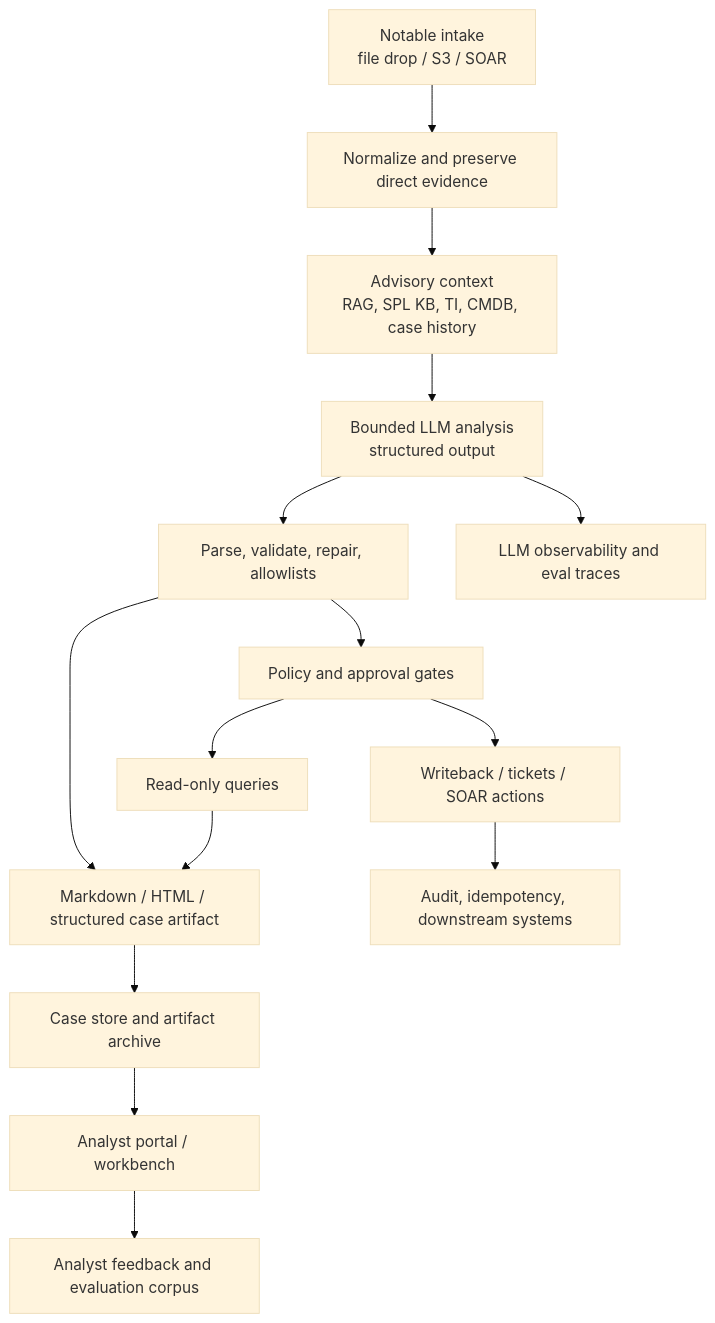
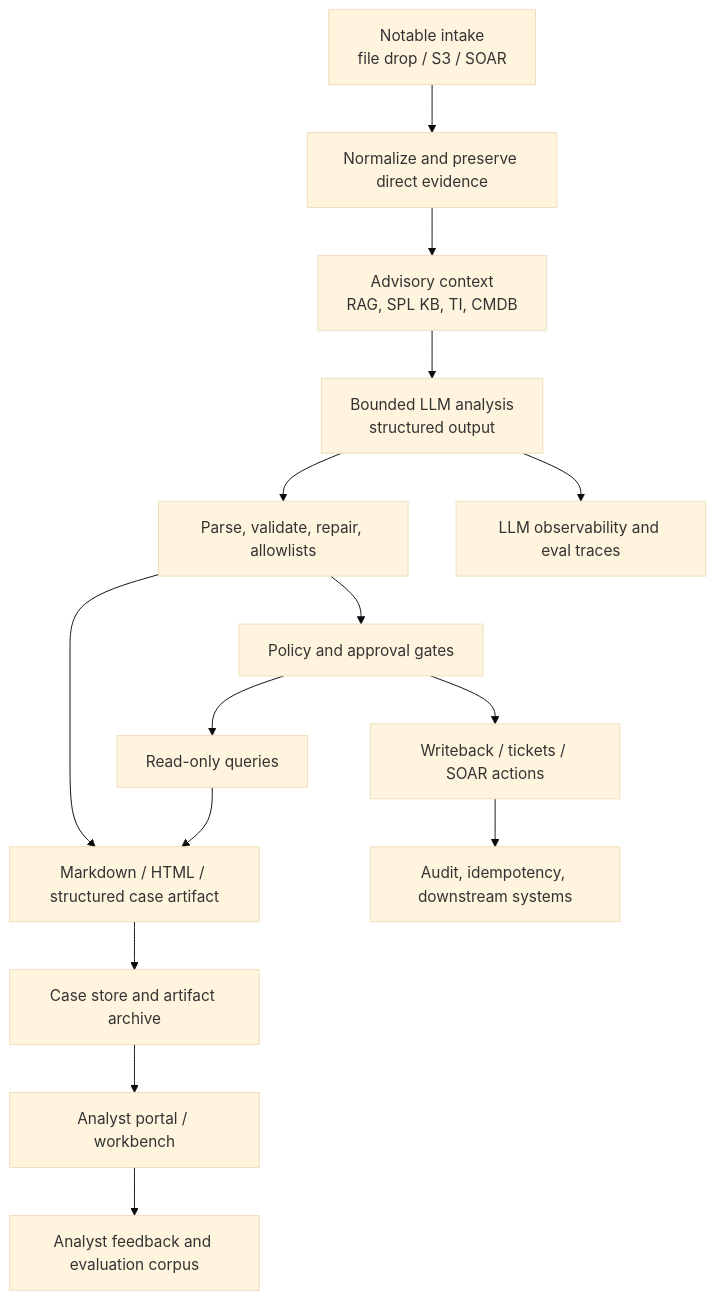
The diagram in NOTABLE_ANALYSIS_END_STATE.md (dreyna001/llm_notable_analysis), drawn with Mermaid (base theme) before and after one commit. The commit also changed 21 other files, not shown here.

````diff
--- a/NOTABLE_ANALYSIS_END_STATE.md
+++ b/NOTABLE_ANALYSIS_END_STATE.md
@@ -290,17 +290,17 @@
 ```mermaid
 flowchart TB
   Intake["Notable intake\nfile drop / S3 / SOAR"] --> Normalize["Normalize and preserve direct evidence"]
-  Normalize --> Context["Advisory context\nRAG, SPL KB, TI, CMDB, case history"]
+  Normalize --> Context["Advisory context\nRAG, SPL KB, TI, CMDB"]
   Context --> Analyze["Bounded LLM analysis\nstructured output"]
   Analyze --> Validate["Parse, validate, repair, allowlists"]
   Validate --> Report["Markdown / HTML / structured case artifact"]
   Report --> CaseStore["Case store and artifact archive"]
   CaseStore --> Portal["Analyst portal / workbench"]
   Validate --> Policy["Policy and approval gates"]
   Policy --> Reads["Read-only queries"]
   Policy --> Writes["Writeback / tickets / SOAR actions"]
   Reads --> Report
   Writes --> Audit["Audit, idempotency, downstream systems"]
   Analyze --> Trace["LLM observability and eval traces"]
   Portal --> Feedback["Analyst feedback and evaluation corpus"]
 ```
````
